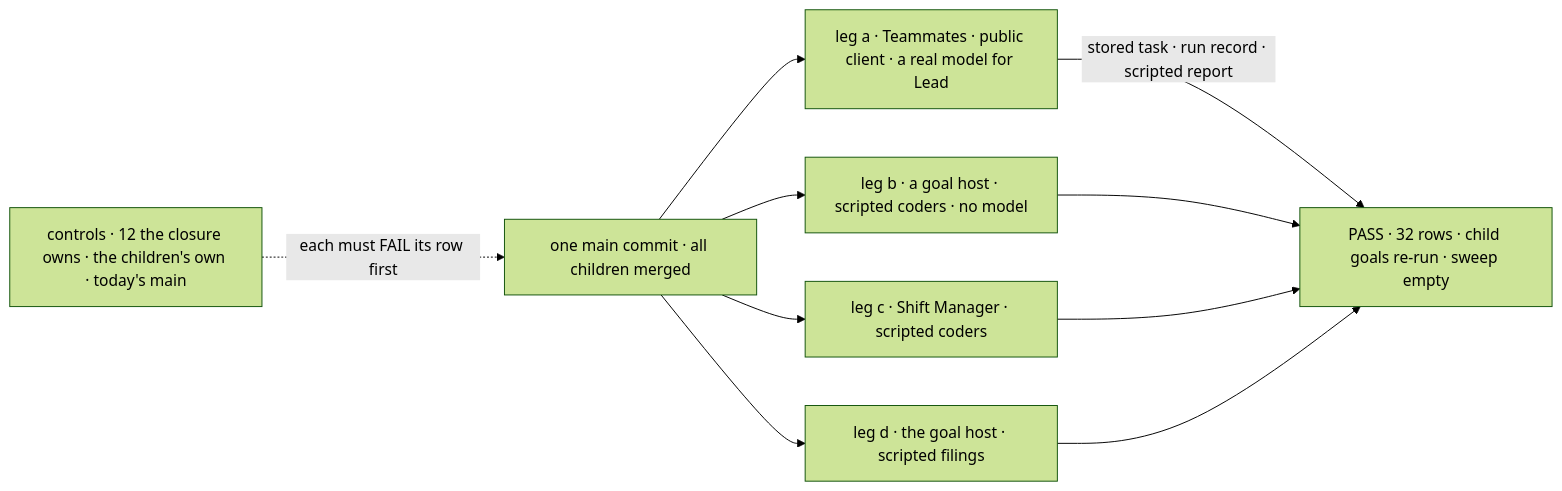
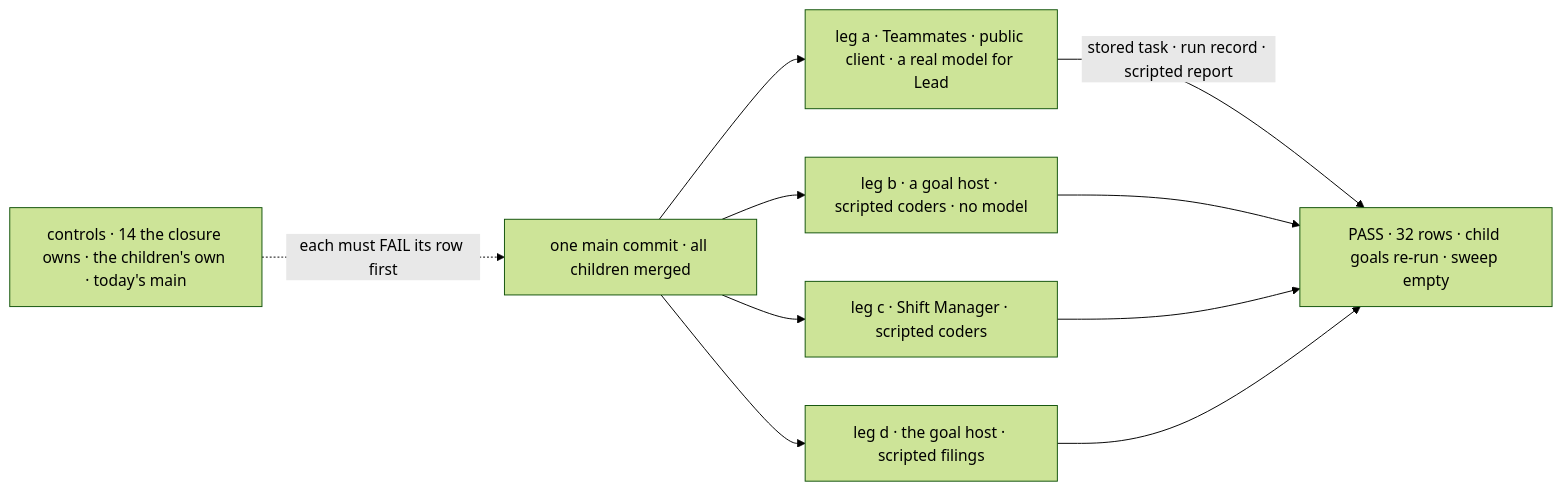
The first of 2 diagrams in specs/issues/FIX-2883/SPEC.md (fixpoint-labs/flow-state-dev), drawn with Mermaid (forest theme) before and after one commit. The commit also changed other lines of this file and 4 other files, not shown here.

````diff
--- a/specs/issues/FIX-2883/SPEC.md
+++ b/specs/issues/FIX-2883/SPEC.md
@@ -29,12 +29,12 @@
 ```mermaid
 flowchart LR
   M["one main commit · all children merged"] --> A["leg a · Teammates · public client · a real model for Lead"]
   M --> B["leg b · a goal host · scripted coders · no model"]
   M --> S["leg c · Shift Manager · scripted coders"]
   M --> D["leg d · the goal host · scripted filings"]
   A -->|"stored task · run record · scripted report"| P["PASS · 32 rows · child goals re-run · sweep empty"]
   B --> P
   S --> P
   D --> P
-  C["controls · 12 the closure owns · the children's own · today's main"] -.->|"each must FAIL its row first"| M
+  C["controls · 14 the closure owns · the children's own · today's main"] -.->|"each must FAIL its row first"| M
 ```
````
